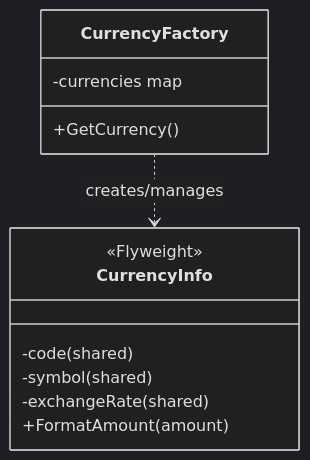
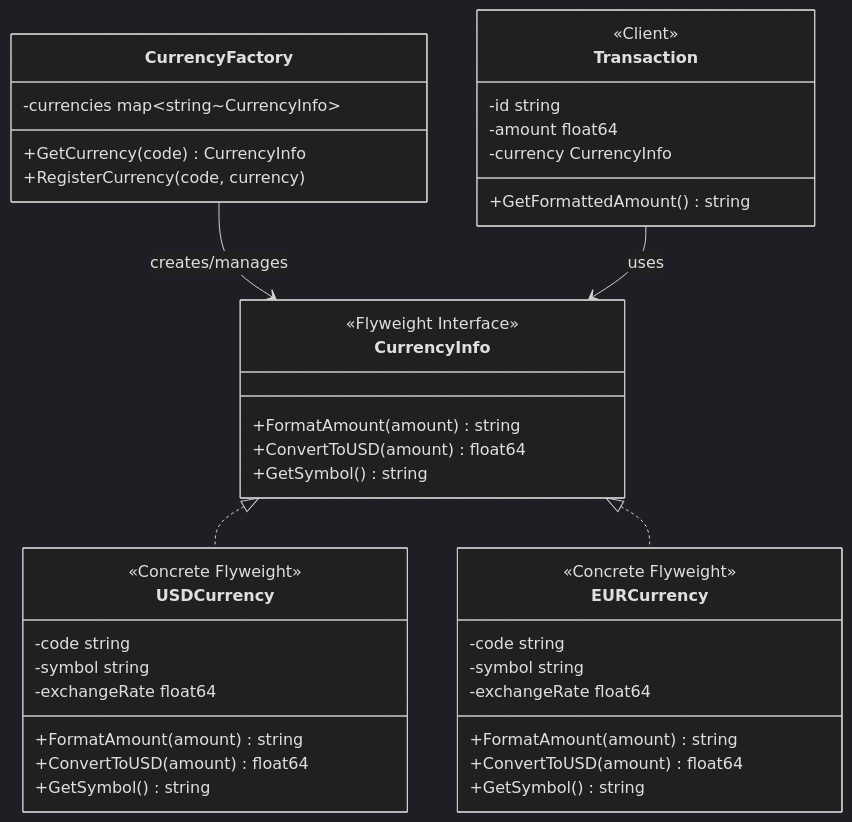
The first of 2 diagrams in structural/flyweight/README.md (JoshuaPangaribuan/design-pattern-go), drawn with Mermaid (dark theme) before and after one commit. The commit also changed other lines of this file and 23 other files, not shown here.

Commit message:
feat: add more diagrams

````diff
--- a/structural/flyweight/README.md
+++ b/structural/flyweight/README.md
@@ -24,16 +26,44 @@
 ```mermaid
 classDiagram
+    class CurrencyInfo {
+        <<Flyweight Interface>>
+        +FormatAmount(amount) string
+        +ConvertToUSD(amount) float64
+        +GetSymbol() string
+    }
+    class USDCurrency {
+        <<Concrete Flyweight>>
+        -code string
+        -symbol string
+        -exchangeRate float64
+        +FormatAmount(amount) string
+        +ConvertToUSD(amount) float64
+        +GetSymbol() string
+    }
+    class EURCurrency {
+        <<Concrete Flyweight>>
+        -code string
+        -symbol string
+        -exchangeRate float64
+        +FormatAmount(amount) string
+        +ConvertToUSD(amount) float64
+        +GetSymbol() string
+    }
     class CurrencyFactory {
-        -currencies map
-        +GetCurrency()
+        -currencies map~string~CurrencyInfo~
+        +GetCurrency(code) CurrencyInfo
+        +RegisterCurrency(code, currency)
     }
-    class CurrencyInfo {
-        <<Flyweight>>
-        -code (shared)
-        -symbol (shared)
-        -exchangeRate (shared)
-        +FormatAmount(amount)
+    class Transaction {
+        <<Client>>
+        -id string
+        -amount float64
+        -currency CurrencyInfo
+        +GetFormattedAmount() string
     }
     
-    CurrencyFactory ..> CurrencyInfo : creates/manages
+    CurrencyInfo <|.. USDCurrency
+    CurrencyInfo <|.. EURCurrency
+    CurrencyFactory --> CurrencyInfo : creates/manages
+    Transaction --> CurrencyInfo : uses
 ```
````
